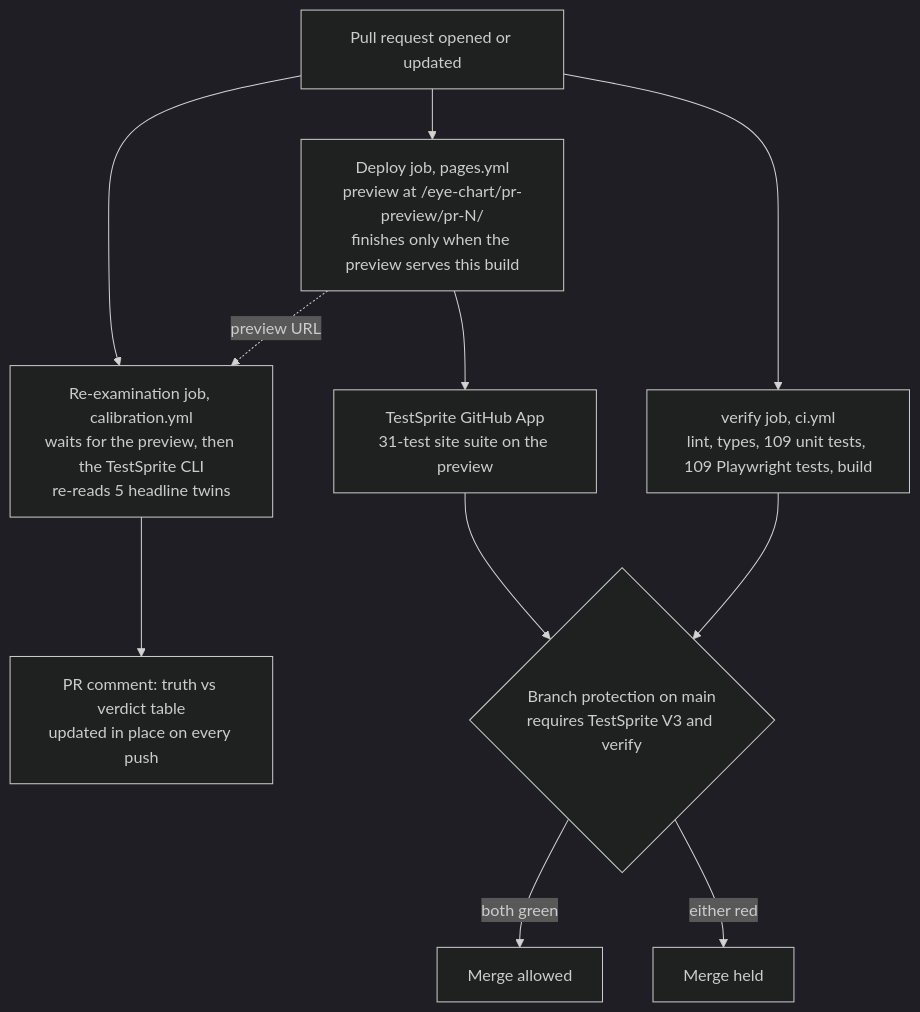
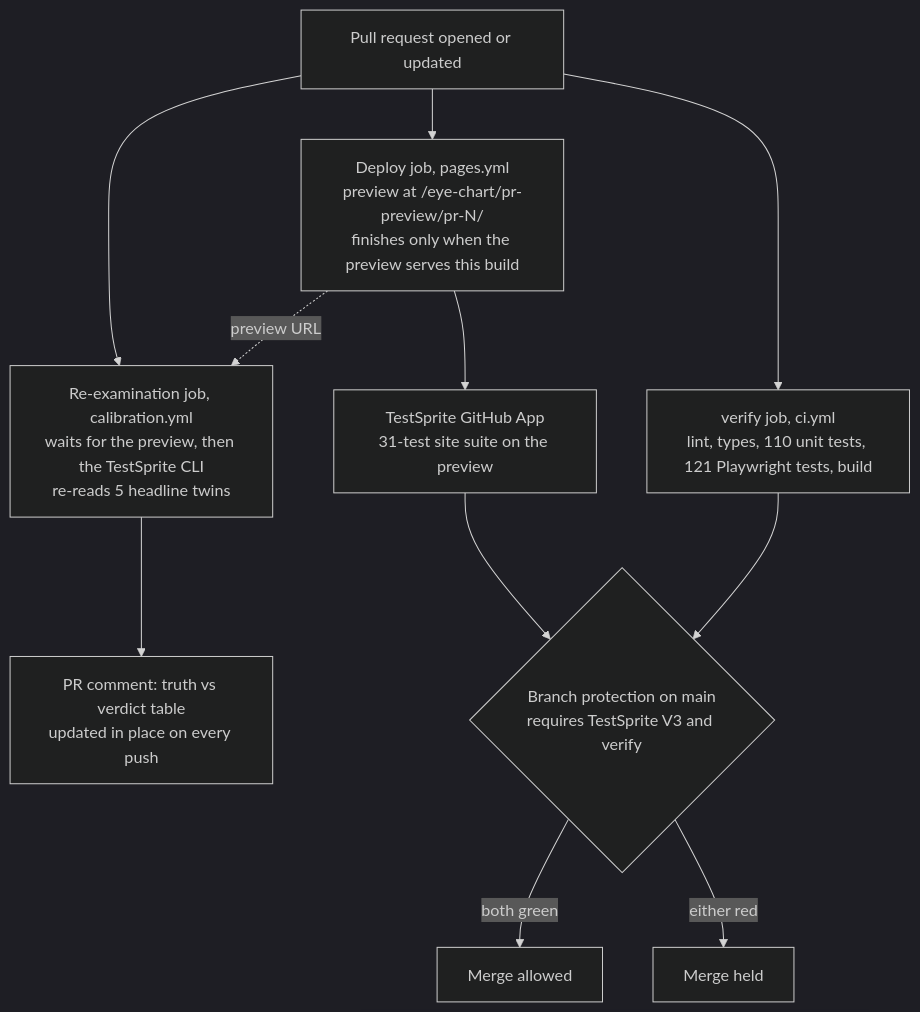
The second of 2 diagrams in README.md (Yazan-O/eye-chart), drawn with Mermaid (dark theme) before and after one commit. The commit also changed other lines of this file and 2 other files, not shown here.

````diff
--- a/README.md
+++ b/README.md
@@ -194,13 +198,13 @@
 ```mermaid
 flowchart TD
-  PR["Pull request opened or updated"] --> VER["verify job, ci.yml<br/>lint, types, 109 unit tests, 109 Playwright tests, build"]
+  PR["Pull request opened or updated"] --> VER["verify job, ci.yml<br/>lint, types, 110 unit tests, 121 Playwright tests, build"]
   PR --> DEP["Deploy job, pages.yml<br/>preview at /eye-chart/pr-preview/pr-N/<br/>finishes only when the preview serves this build"]
   DEP --> APP["TestSprite GitHub App<br/>31-test site suite on the preview"]
   PR --> RX["Re-examination job, calibration.yml<br/>waits for the preview, then the TestSprite CLI<br/>re-reads 5 headline twins"]
   DEP -. "preview URL" .-> RX
   RX --> CM["PR comment: truth vs verdict table<br/>updated in place on every push"]
   APP --> GATE{"Branch protection on main<br/>requires TestSprite V3 and verify"}
   VER --> GATE
   GATE -- "both green" --> MERGE["Merge allowed"]
   GATE -- "either red" --> HOLD["Merge held"]
 ```
````
